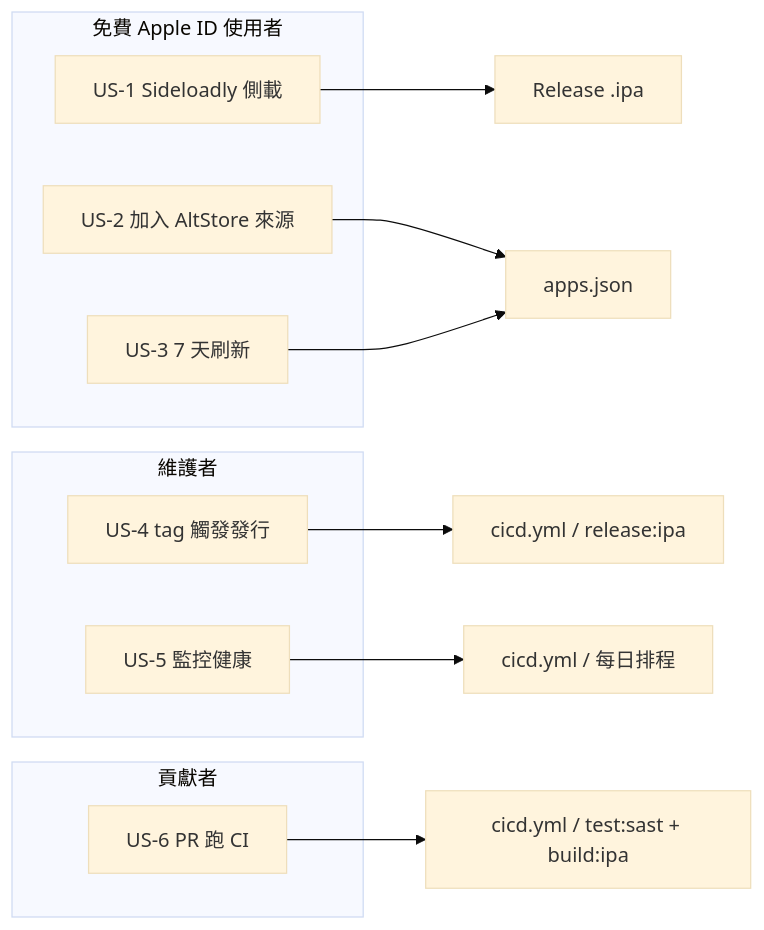
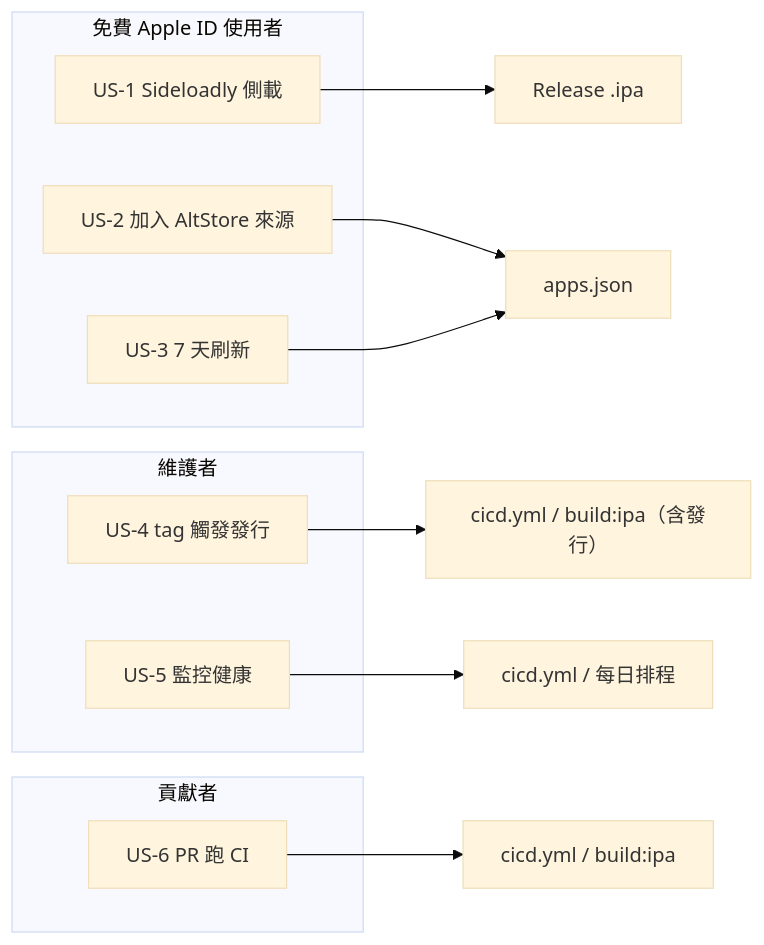
The diagram in docbase/user-stories.md (Mcc-Mak/ios-app), drawn with Mermaid (base theme) before and after one commit. The commit also changed other lines of this file and 37 other files, not shown here.

````diff
--- a/docbase/user-stories.md
+++ b/docbase/user-stories.md
@@ -5,21 +5,21 @@
 ```mermaid
 flowchart LR
   subgraph 使用者["免費 Apple ID 使用者"]
     US1["US-1 Sideloadly 側載"]
     US2["US-2 加入 AltStore 來源"]
     US3["US-3 7 天刷新"]
   end
   subgraph 維護者["維護者"]
     US4["US-4 tag 觸發發行"]
     US5["US-5 監控健康"]
   end
   subgraph 貢獻者["貢獻者"]
     US6["US-6 PR 跑 CI"]
   end
-  US4 --> release["cicd.yml / release:ipa"]
-  US6 --> ci["cicd.yml / test:sast + build:ipa"]
+  US4 --> release["cicd.yml / build:ipa（含發行）"]
+  US6 --> ci["cicd.yml / build:ipa"]
   US5 --> health["cicd.yml / 每日排程"]
   US1 --> ipa["Release .ipa"]
   US2 --> feed["apps.json"]
   US3 --> feed
 ```
````
